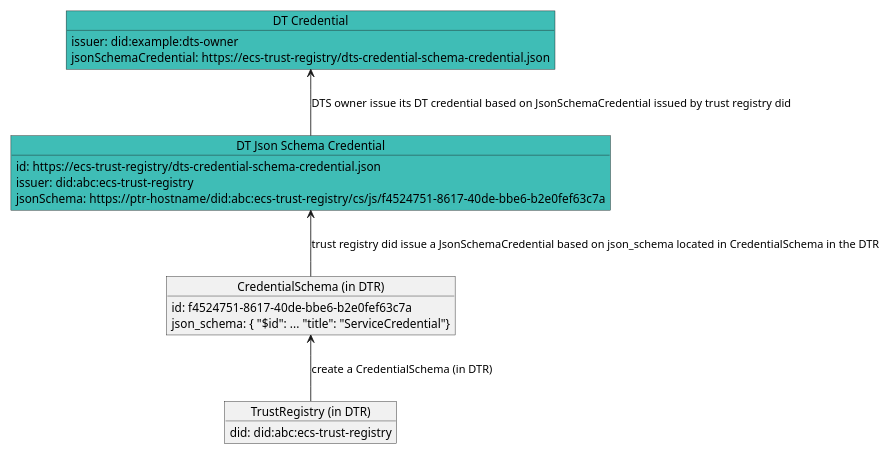
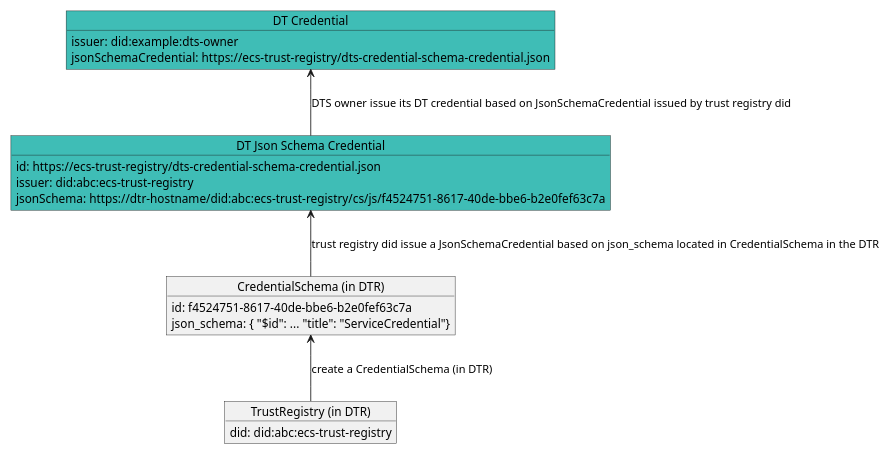
One commit to verana-labs/decentralized-trust-spec changed the first of 2 diagrams in spec.md. Above: the diagram before and after it, drawn with PlantUML. The commit also changed other lines of this file and 1 other file, not shown here.

````diff
--- a/spec.md
+++ b/spec.md
@@ -630,29 +621,29 @@
 ```plantuml
 
 @startuml
 scale max 800 width
 object "TrustRegistry (in DTR)" as tr {
   did: did:abc:ecs-trust-registry
 }
 object "CredentialSchema (in DTR)" as cs {
   id: f4524751-8617-40de-bbe6-b2e0fef63c7a
   json_schema: { "$id": ... "title": "ServiceCredential"}
 }
 object "DT Json Schema Credential" as jsc #3fbdb6 {
   id: https://ecs-trust-registry/dts-credential-schema-credential.json
   issuer: did:abc:ecs-trust-registry
-  jsonSchema: https://ptr-hostname/did:abc:ecs-trust-registry/cs/js/f4524751-8617-40de-bbe6-b2e0fef63c7a
+  jsonSchema: https://dtr-hostname/did:abc:ecs-trust-registry/cs/js/f4524751-8617-40de-bbe6-b2e0fef63c7a
 }
 
 object "DT Credential" as dtscred #3fbdb6 {
   issuer: did:example:dts-owner
   jsonSchemaCredential: https://ecs-trust-registry/dts-credential-schema-credential.json
 }
 
 cs <-- tr : create a CredentialSchema (in DTR)
 jsc <-- cs : trust registry did issue a JsonSchemaCredential based on json_schema located in CredentialSchema in the DTR
 dtscred <-- jsc: DTS owner issue its DT credential based on JsonSchemaCredential issued by trust registry did
 
 @enduml
 
 ```
````
